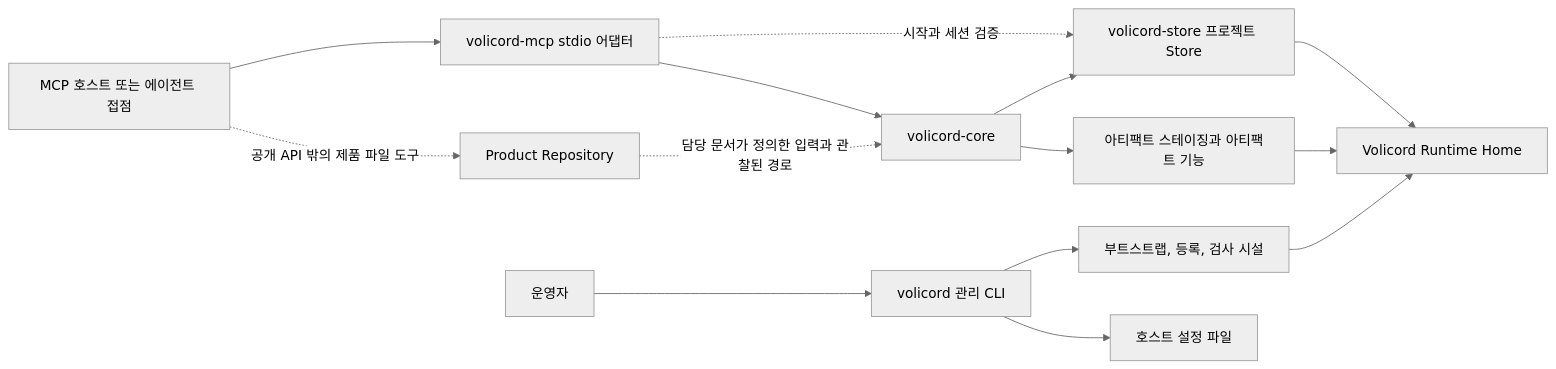
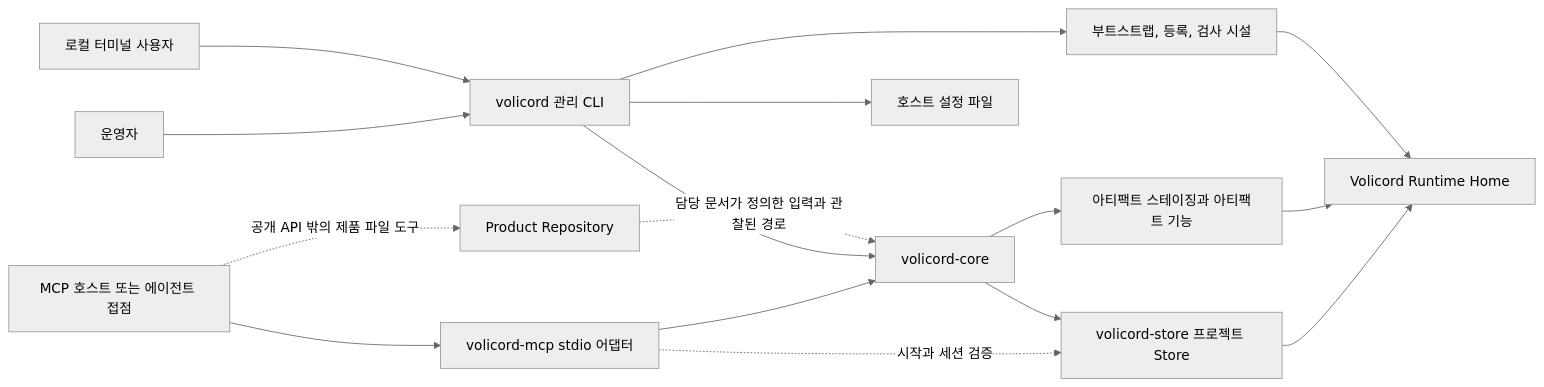
One commit to minjungw00/Harness_Project changed the first of 4 diagrams in docs/ko/development/architecture.md. Above: the diagram before and after it, drawn with Mermaid (neutral theme). The commit also changed other lines of this file and 9 other files, not shown here.

````diff
--- a/docs/ko/development/architecture.md
+++ b/docs/ko/development/architecture.md
@@ -15,30 +15,33 @@
 ```mermaid
 flowchart LR
   host[MCP 호스트 또는 에이전트 접점]
   mcp["volicord-mcp stdio 어댑터"]
   core["volicord-core"]
   store["volicord-store 프로젝트 Store"]
   artifacts[아티팩트 스테이징과 아티팩트 기능]
   operator[운영자]
   cli["volicord 관리 CLI"]
   bootstrap[부트스트랩, 등록, 검사 시설]
+  user[로컬 터미널 사용자]
   runtime["Volicord Runtime Home"]
   config[호스트 설정 파일]
   product["Product Repository"]
 
   host --> mcp
   mcp --> core
   mcp -. 시작과 세션 검증 .-> store
   core --> store
   core --> artifacts
   store --> runtime
   artifacts --> runtime
 
   operator --> cli
+  user --> cli
   cli --> bootstrap
+  cli --> core
   cli --> config
   bootstrap --> runtime
 
   product -. 담당 문서가 정의한 입력과 관찰된 경로 .-> core
   host -. 공개 API 밖의 제품 파일 도구 .-> product
 ```
````
